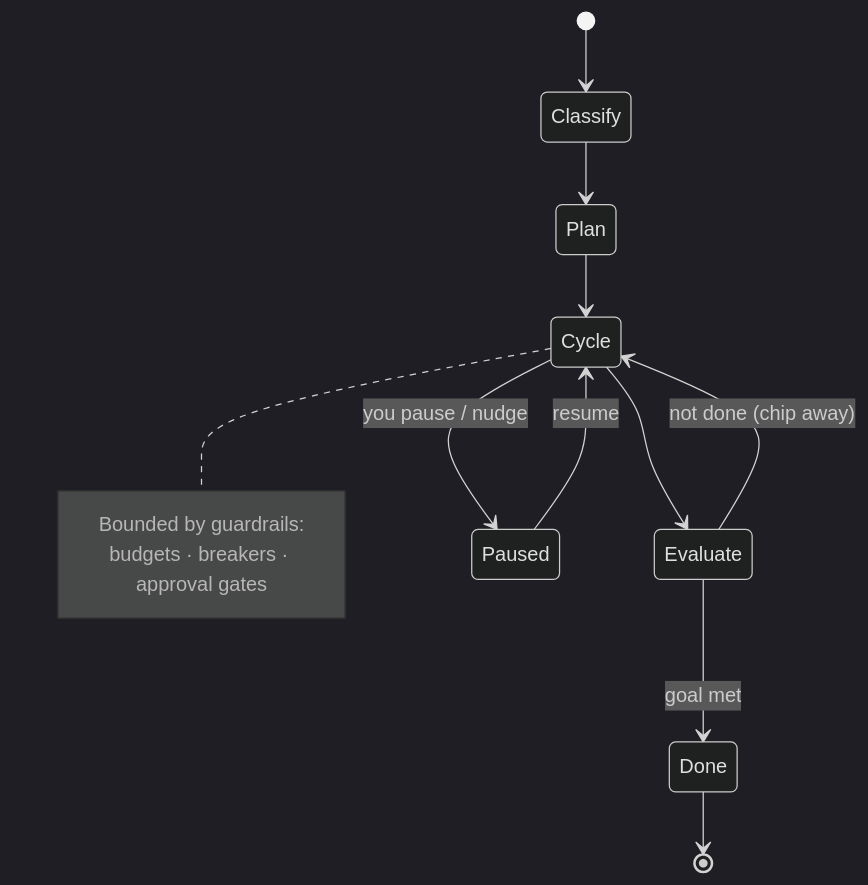
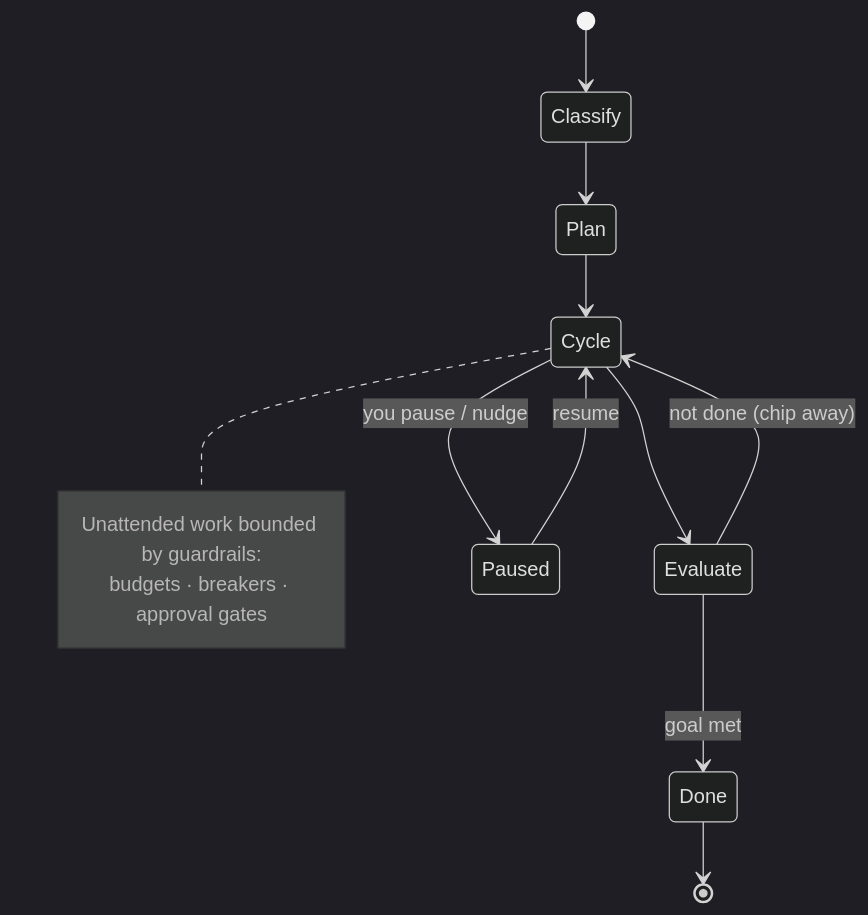
The third of 4 diagrams in SHOWCASE.md (Sidiora-Labs/centra-gideon-agent), drawn with Mermaid (dark theme) before and after one commit. The commit also changed 149 other files, not shown here.

````diff
--- a/SHOWCASE.md
+++ b/SHOWCASE.md
@@ -121,16 +121,16 @@
 ```mermaid
 stateDiagram-v2
     [*] --> Classify
     Classify --> Plan
     Plan --> Cycle
     Cycle --> Evaluate
     Evaluate --> Cycle: not done (chip away)
     Evaluate --> Done: goal met
     Cycle --> Paused: you pause / nudge
     Paused --> Cycle: resume
     Done --> [*]
     note right of Cycle
-        Bounded by guardrails:
+        Unattended work bounded by guardrails:
         budgets · breakers · approval gates
     end note
 ```
````
